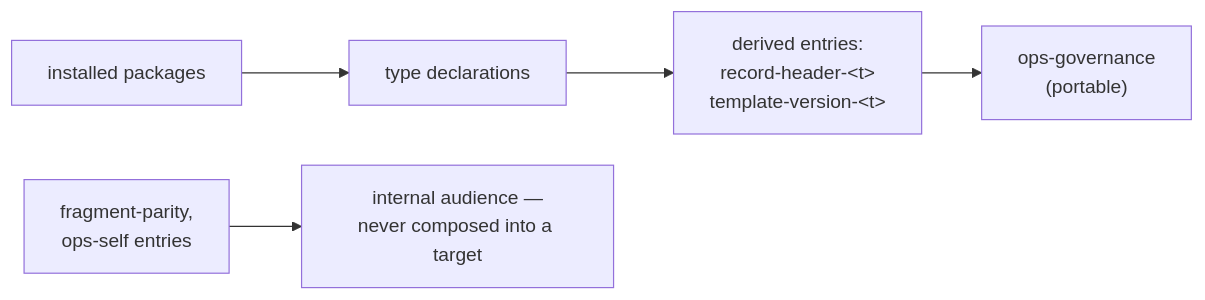
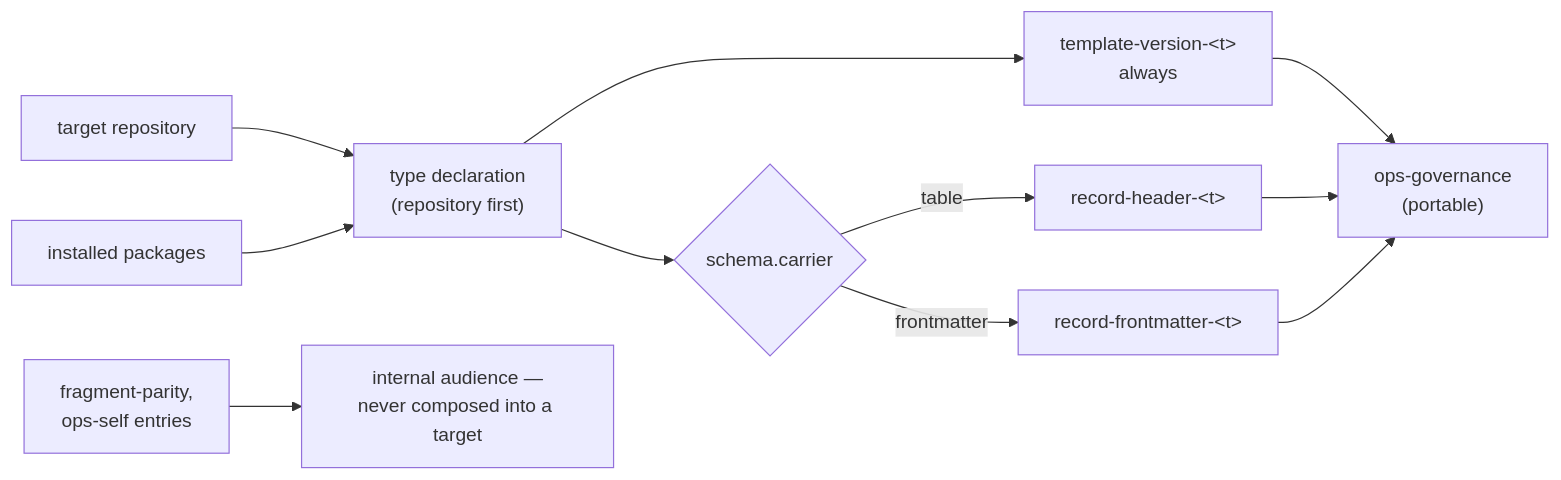
The diagram in project/plans/030-the-type-unit-and-the-compositions-derived-from-it.md (entelekheia-ai/vibe-ops), drawn with Mermaid before and after one commit. The commit also changed other lines of this file and 37 other files, not shown here.

First line of the commit message:
feat(types): the type unit, its resolver, and the header schema as data

````diff
--- a/project/plans/030-the-type-unit-and-the-compositions-derived-from-it.md
+++ b/project/plans/030-the-type-unit-and-the-compositions-derived-from-it.md
@@ -101,7 +151,13 @@
 ```mermaid
 flowchart LR
-    P["installed packages"] --> D["type declarations"]
-    D --> G["derived entries:<br/>record-header-&lt;t&gt;<br/>template-version-&lt;t&gt;"]
-    G --> O["ops-governance<br/>(portable)"]
+    R["target repository"] --> U["type declaration<br/>(repository first)"]
+    P["installed packages"] --> U
+    U --> V["template-version-&lt;t&gt;<br/>always"]
+    U --> C{"schema.carrier"}
+    C -- table --> H["record-header-&lt;t&gt;"]
+    C -- frontmatter --> F["record-frontmatter-&lt;t&gt;"]
+    V --> O["ops-governance<br/>(portable)"]
+    H --> O
+    F --> O
     X["fragment-parity,<br/>ops-self entries"] --> I["internal audience —<br/>never composed into a target"]
 ```
````
